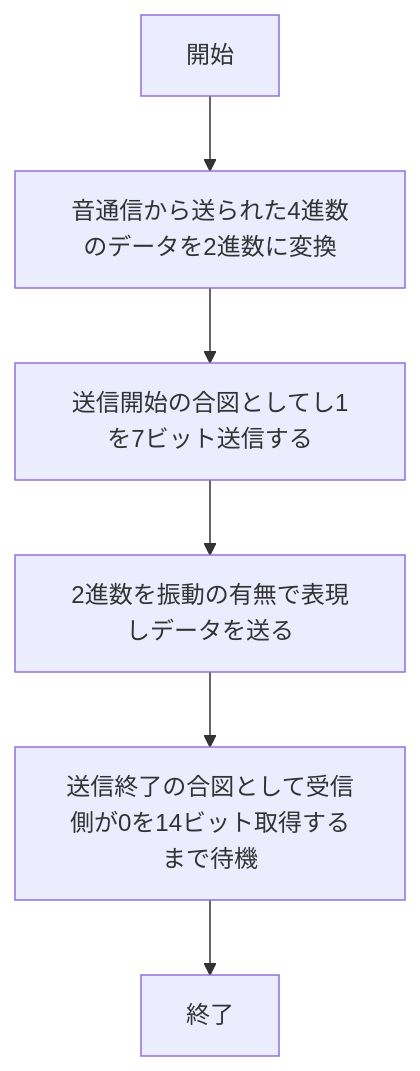
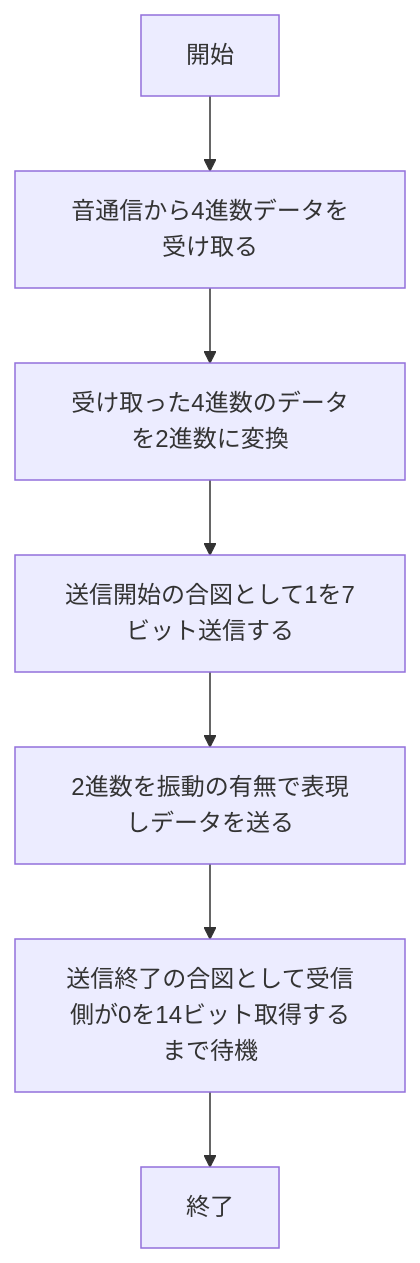
The ninth of 12 diagrams in README.md (kanayuu0404/hakkason), drawn with Mermaid before and after one commit. The commit also changed other lines of this file, not shown here.

````diff
--- a/README.md
+++ b/README.md
@@ -33,16 +215,18 @@
 ```mermaid
 flowchart TD;
 
 start["開始"];
 end1["終了"]
-hennkann["音通信から送られた4進数のデータを2進数に変換"]
-aizu1["送信開始の合図としてし1を7ビット送信する"]
+uke["音通信から4進数データを受け取る"]
+hennkann["受け取った4進数のデータを2進数に変換"]
+aizu1["送信開始の合図として1を7ビット送信する"]
 sousinn["2進数を振動の有無で表現しデータを送る"]
 aizu2["送信終了の合図として受信側が0を14ビット取得するまで待機"]
 
-start --> hennkann
+start --> uke
+uke --> hennkann
 hennkann --> aizu1
 aizu1 --> sousinn
 sousinn --> aizu2
 aizu2 --> end1
 ```
````
